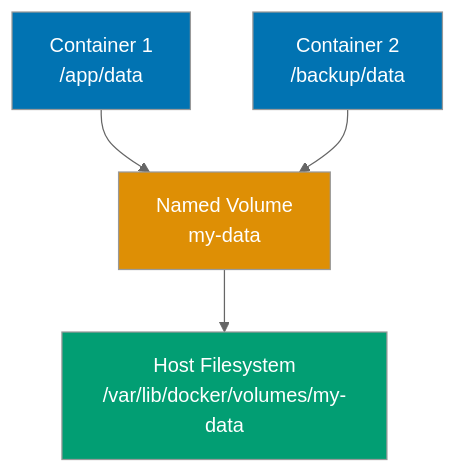
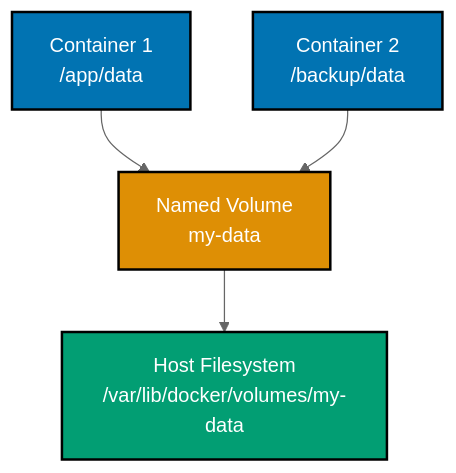
The fifth of 8 diagrams in apps/ayokoding-web/content/en/learn/software-engineering/infrastructure/tools/docker/by-example/beginner.md (wahidyankf/open-sharia-enterprise), drawn with Mermaid (neutral theme) before and after one commit. The commit also changed other lines of this file and 25 other files, not shown here.

````diff
--- a/apps/ayokoding-web/content/en/learn/software-engineering/infrastructure/tools/docker/by-example/beginner.md
+++ b/apps/ayokoding-web/content/en/learn/software-engineering/infrastructure/tools/docker/by-example/beginner.md
@@ -929,12 +933,13 @@
 ```mermaid
+%% Color Palette: Blue #0173B2, Orange #DE8F05, Teal #029E73, Purple #CC78BC, Brown #CA9161
 %% Volume architecture
 graph TD
  A["Container 1<br/>/app/data"] --> B["Named Volume<br/>my-data"]
  C["Container 2<br/>/backup/data"] --> B
  B --> D["Host Filesystem<br/>/var/lib/docker/volumes/my-data"]
 
- style A fill:#0173B2,color:#fff
- style B fill:#DE8F05,color:#fff
- style C fill:#0173B2,color:#fff
- style D fill:#029E73,color:#fff
+ style A fill:#0173B2,stroke:#000000,stroke-width:2px,color:#fff
+ style B fill:#DE8F05,stroke:#000000,stroke-width:2px,color:#fff
+ style C fill:#0173B2,stroke:#000000,stroke-width:2px,color:#fff
+ style D fill:#029E73,stroke:#000000,stroke-width:2px,color:#fff
 ```
````
